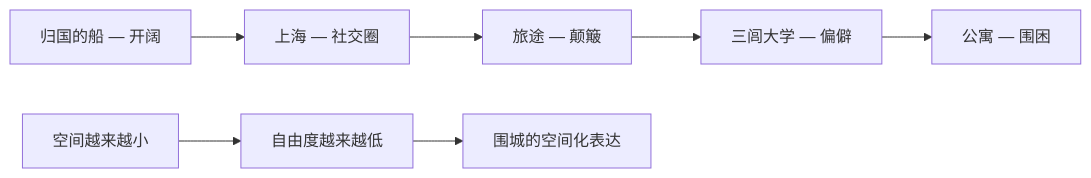
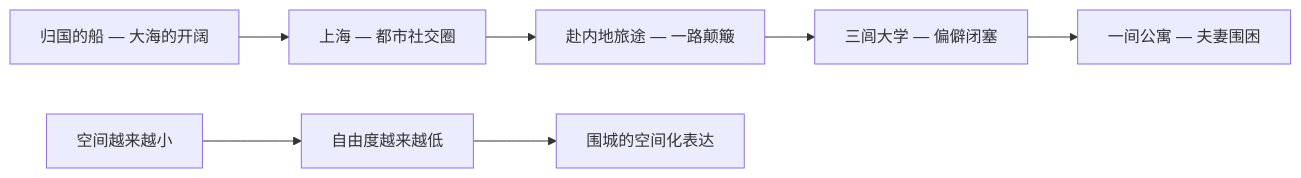
The first of 2 diagrams in 知识库/文学类/《围城》 - 钱钟书.md (xdawayer/obsidian), drawn with Mermaid before and after one commit. The commit also changed other lines of this file and 44 other files, not shown here.

````diff
--- a/知识库/文学类/《围城》 - 钱钟书.md
+++ b/知识库/文学类/《围城》 - 钱钟书.md
@@ -43,9 +39,9 @@
 ```mermaid
 graph LR
-    A[归国的船 — 开阔] --> B[上海 — 社交圈]
-    B --> C[旅途 — 颠簸]
-    C --> D[三闾大学 — 偏僻]
-    D --> E[公寓 — 围困]
+    A[归国的船 — 大海的开阔] --> B[上海 — 都市社交圈]
+    B --> C[赴内地旅途 — 一路颠簸]
+    C --> D[三闾大学 — 偏僻闭塞]
+    D --> E[一间公寓 — 夫妻围困]
     F[空间越来越小] --> G[自由度越来越低]
     G --> H[围城的空间化表达]
 ```
````
